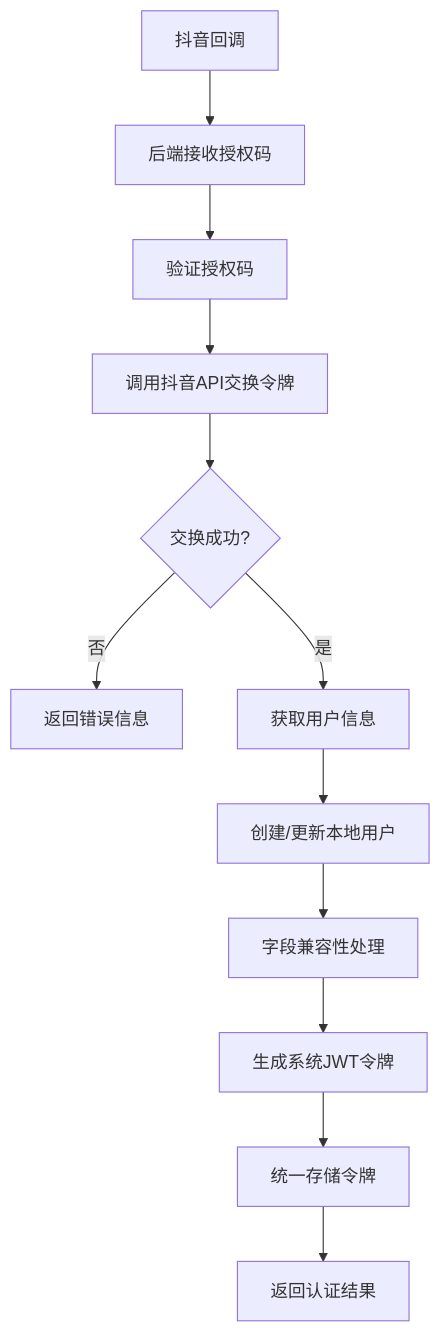
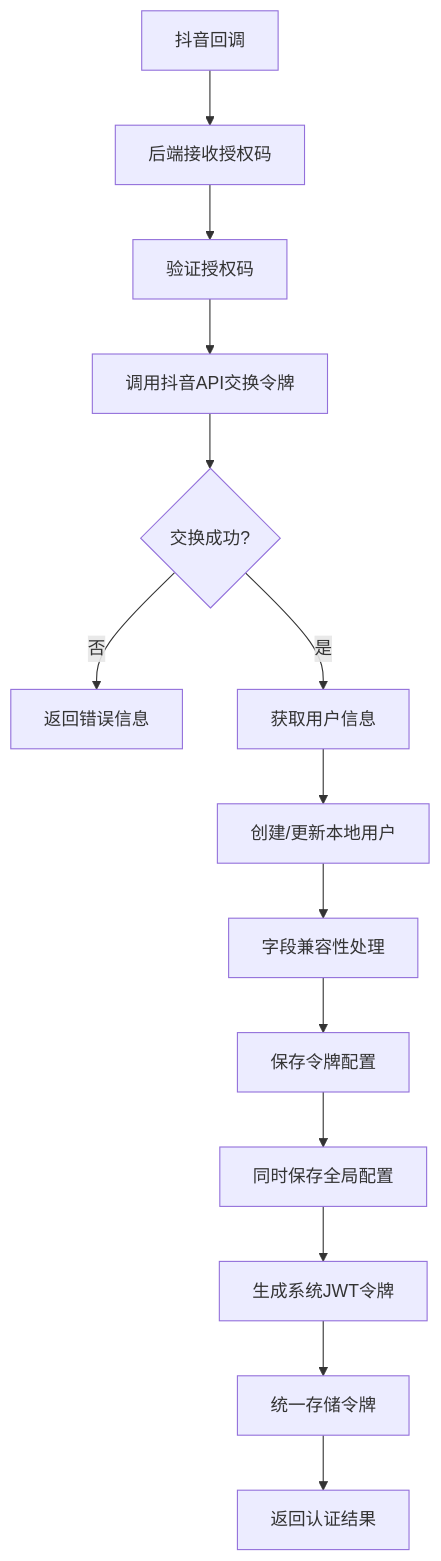
Diagram 12 of 15 in .qoder/repowiki/zh/content/核心模块详解/认证模块/抖音OAuth集成.md (songdiyang/clawOperations), drawn with Mermaid before and after one commit. The commit also changed other lines of this file and 6 other files, not shown here.

````diff
--- a/.qoder/repowiki/zh/content/核心模块详解/认证模块/抖音OAuth集成.md
+++ b/.qoder/repowiki/zh/content/核心模块详解/认证模块/抖音OAuth集成.md
@@ -556,14 +619,16 @@
 ```mermaid
 flowchart TD
 A[抖音回调] --> B[后端接收授权码]
 B --> C[验证授权码]
 C --> D[调用抖音API交换令牌]
 D --> E{交换成功?}
 E --> |否| F[返回错误信息]
 E --> |是| G[获取用户信息]
 G --> H[创建/更新本地用户]
 H --> I[字段兼容性处理]
-I --> J[生成系统JWT令牌]
-J --> K[统一存储令牌]
-K --> L[返回认证结果]
+I --> J[保存令牌配置]
+J --> K[同时保存全局配置]
+K --> L[生成系统JWT令牌]
+L --> M[统一存储令牌]
+M --> N[返回认证结果]
 ```
````
